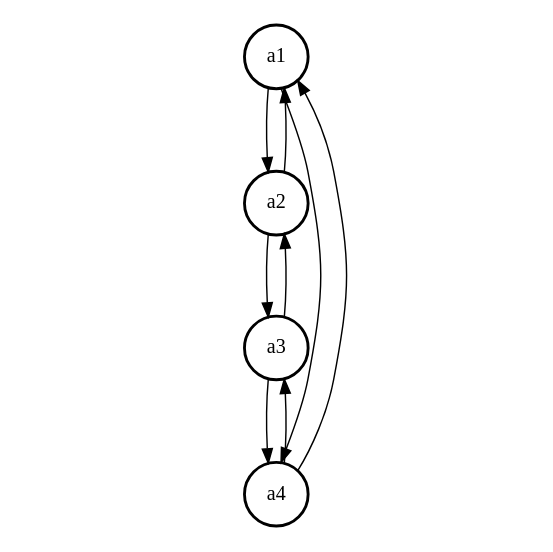
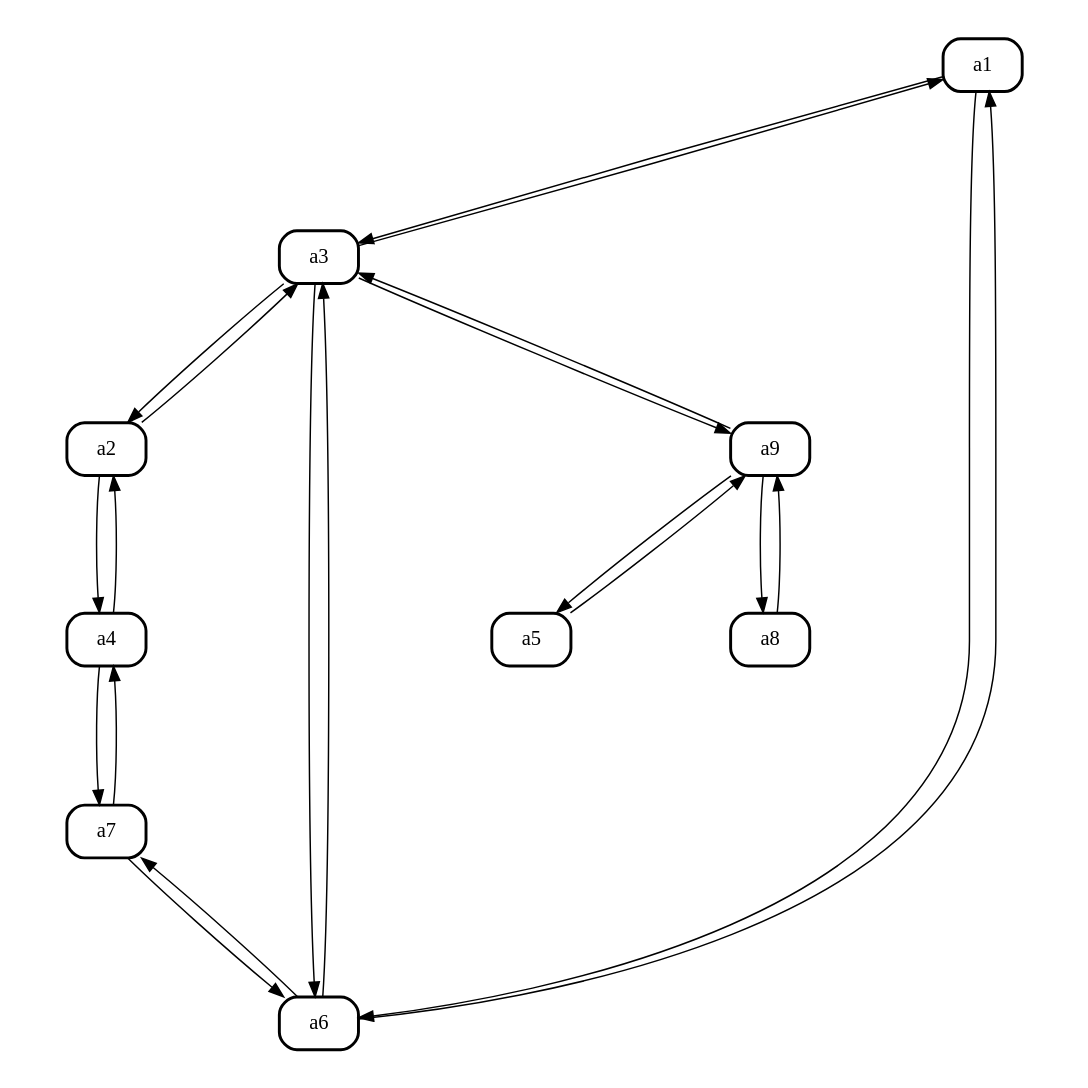
One commit to jonhoo/simio changed the diagram in examples/graphs/bellman-ford.gv. Above: the diagram before and after it, drawn with Graphviz. The commit also changed 1 other file, not shown here.

Commit message:
Construct separate graph for bellman ford

```diff
--- a/examples/graphs/bellman-ford.gv
+++ b/examples/graphs/bellman-ford.gv
@@ -1,22 +1,45 @@
 digraph {
-  size="5,5!";
+  size="10,10!";
   ratio="fill";
-  node [shape=circle penwidth=2];
+  node [shape=Mrecord penwidth=2 fontname=DejaVuSansMono];
   edge [fontsize=12];
+  start="50";
   a1;
   a2;
   a3;
   a4;
+  a5;
+  a6;
+  a7;
+  a8;
+  a9;
 
-  a1 -> a2 [weight = 4]
-  a2 -> a1 [weight = 4]
+  a1 -> a3 [weight = 3];
+  a1 -> a6 [weight = 9];
 
-  a2 -> a3 [weight = 2]
-  a3 -> a2 [weight = 2]
+  a2 -> a3 [weight = 12];
+  a2 -> a4 [weight = 5];
 
-  a3 -> a4 [weight = 9]
-  a4 -> a3 [weight = 9]
+  a3 -> a1 [weight = 3];
+  a3 -> a2 [weight = 12];
+  a3 -> a6 [weight = 17];
+  a3 -> a9 [weight = 8];
 
-  a1 -> a4 [weight = 1]
-  a4 -> a1 [weight = 1]
+  a4 -> a2 [weight = 5];
+  a4 -> a7 [weight = 7];
+
+  a5 -> a9 [weight = 3];
+
+  a6 -> a1 [weight = 9];
+  a6 -> a3 [weight = 17];
+  a6 -> a7 [weight = 19];
+
+  a7 -> a4 [weight = 7];
+  a7 -> a6 [weight = 19];
+
+  a8 -> a9 [weight = 20];
+
+  a9 -> a3 [weight = 8];
+  a9 -> a5 [weight = 3];
+  a9 -> a8 [weight = 20];
 }
```
